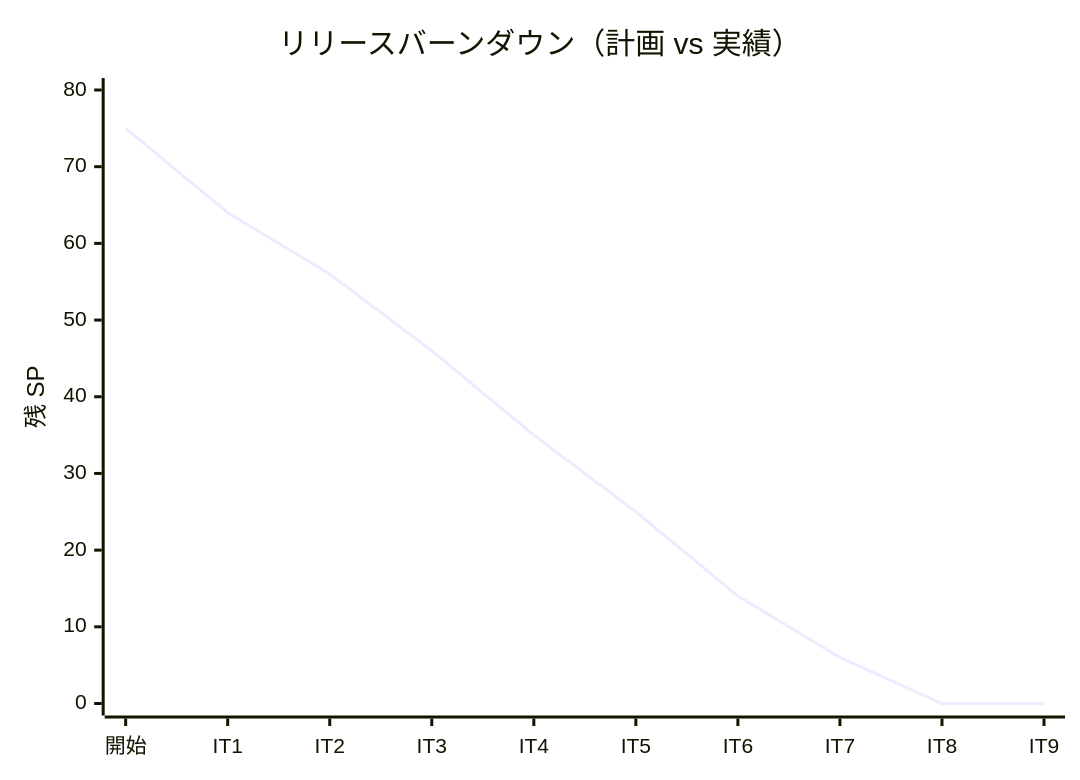
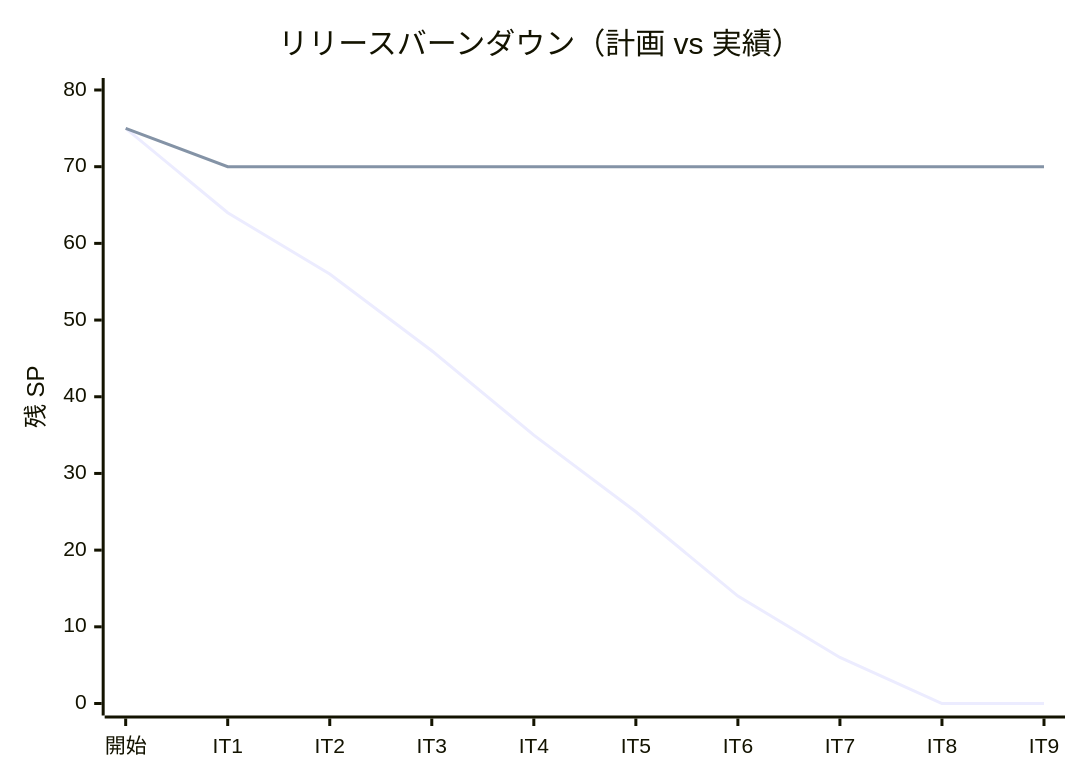
One commit to k2works/case-study-sdd-development changed the third of 3 diagrams in docs/development/release_plan.md. Above: the diagram before and after it, drawn with Mermaid. The commit also changed other lines of this file and 1 other file, not shown here.

````diff
--- a/docs/development/release_plan.md
+++ b/docs/development/release_plan.md
@@ -417,7 +429,8 @@
 ```mermaid
 xychart-beta
     title "リリースバーンダウン（計画 vs 実績）"
     x-axis ["開始", "IT1", "IT2", "IT3", "IT4", "IT5", "IT6", "IT7", "IT8", "IT9"]
     y-axis "残 SP" 0 --> 80
     line "計画" [75, 64, 56, 46, 35, 25, 14, 6, 0, 0]
+    line "実績" [75, 70, 70, 70, 70, 70, 70, 70, 70, 70]
 ```
````
